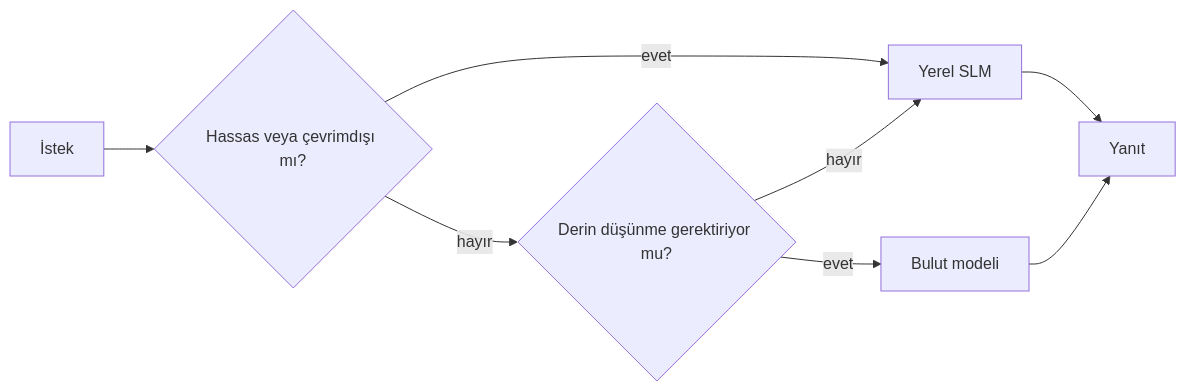
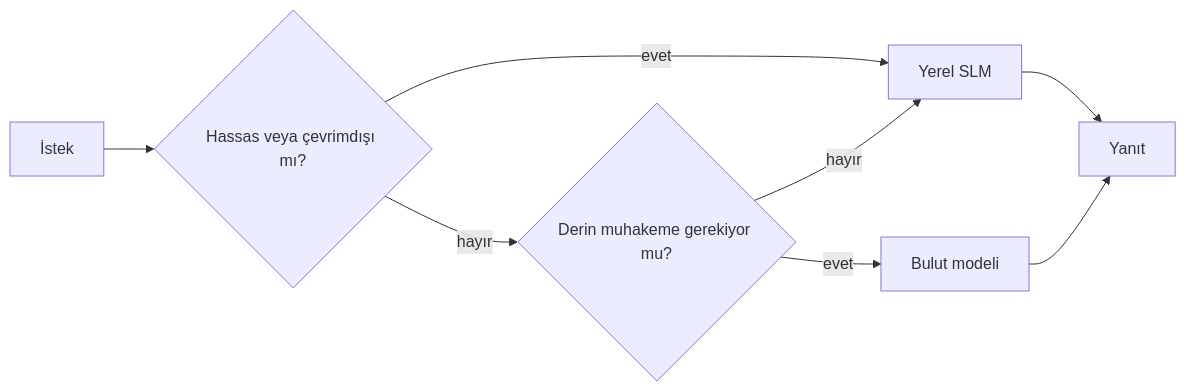
Before and after one commit to gabrielmoreira/agent-skills-mirror: the fourth of 4 diagrams in mirrors/repos/microsoft@ai-agents-for-beginners/translations/tr/17-creating-local-ai-agents/README.md, drawn with Mermaid. The commit also changed other lines of this file and 4262 other files, not shown here.

````diff
--- a/mirrors/repos/microsoft@ai-agents-for-beginners/translations/tr/17-creating-local-ai-agents/README.md
+++ b/mirrors/repos/microsoft@ai-agents-for-beginners/translations/tr/17-creating-local-ai-agents/README.md
@@ -156,10 +156,10 @@
 ```mermaid
 flowchart LR
     Q[İstek] --> S{Hassas veya çevrimdışı mı?}
     S -->|evet| L[Yerel SLM]
-    S -->|hayır| C{Derin düşünme gerektiriyor mu?}
+    S -->|hayır| C{Derin muhakeme gerekiyor mu?}
     C -->|hayır| L
     C -->|evet| Cloud[Bulut modeli]
     L --> Out[Yanıt]
     Cloud --> Out
 ```
````
